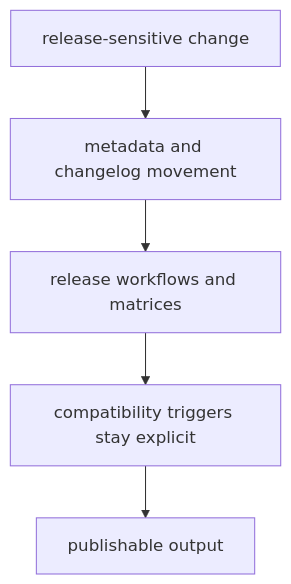
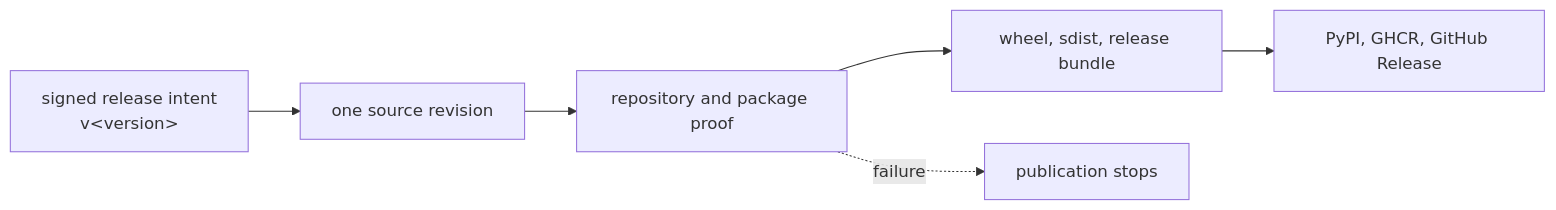
One commit to bijux/bijux-proteomics changed the diagram in docs/01-bijux-proteomics/operations/release-and-versioning.md. Above: the diagram before and after it, drawn with Mermaid. The commit also changed other lines of this file and 2 other files, not shown here.

Commit message:
docs(release): define package-family publication proof

````diff
--- a/docs/01-bijux-proteomics/operations/release-and-versioning.md
+++ b/docs/01-bijux-proteomics/operations/release-and-versioning.md
@@ -18,13 +25,11 @@
 ```mermaid
-flowchart TB
-    change["release-sensitive change"]
-    metadata["metadata and changelog movement"]
-    workflow["release workflows and matrices"]
-    compatibility["compatibility triggers stay explicit"]
-    publish["publishable output"]
+flowchart LR
+    tag["signed release intent<br/>v&lt;version&gt;"]
+    source["one source revision"]
+    proof["repository and package proof"]
+    artifacts["wheel, sdist, release bundle"]
+    channels["PyPI, GHCR, GitHub Release"]
 
-    change --> metadata
-    metadata --> workflow
-    workflow --> compatibility
-    compatibility --> publish
+    tag --> source --> proof --> artifacts --> channels
+    proof -. failure .-> stop["publication stops"]
 ```
````
